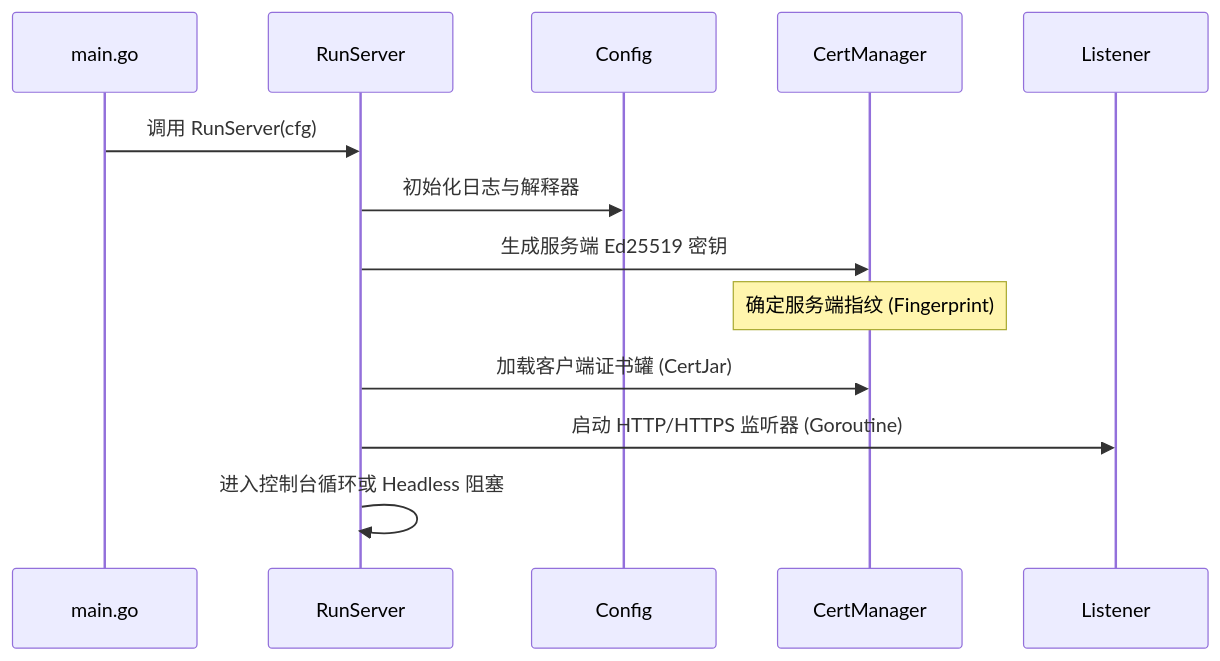
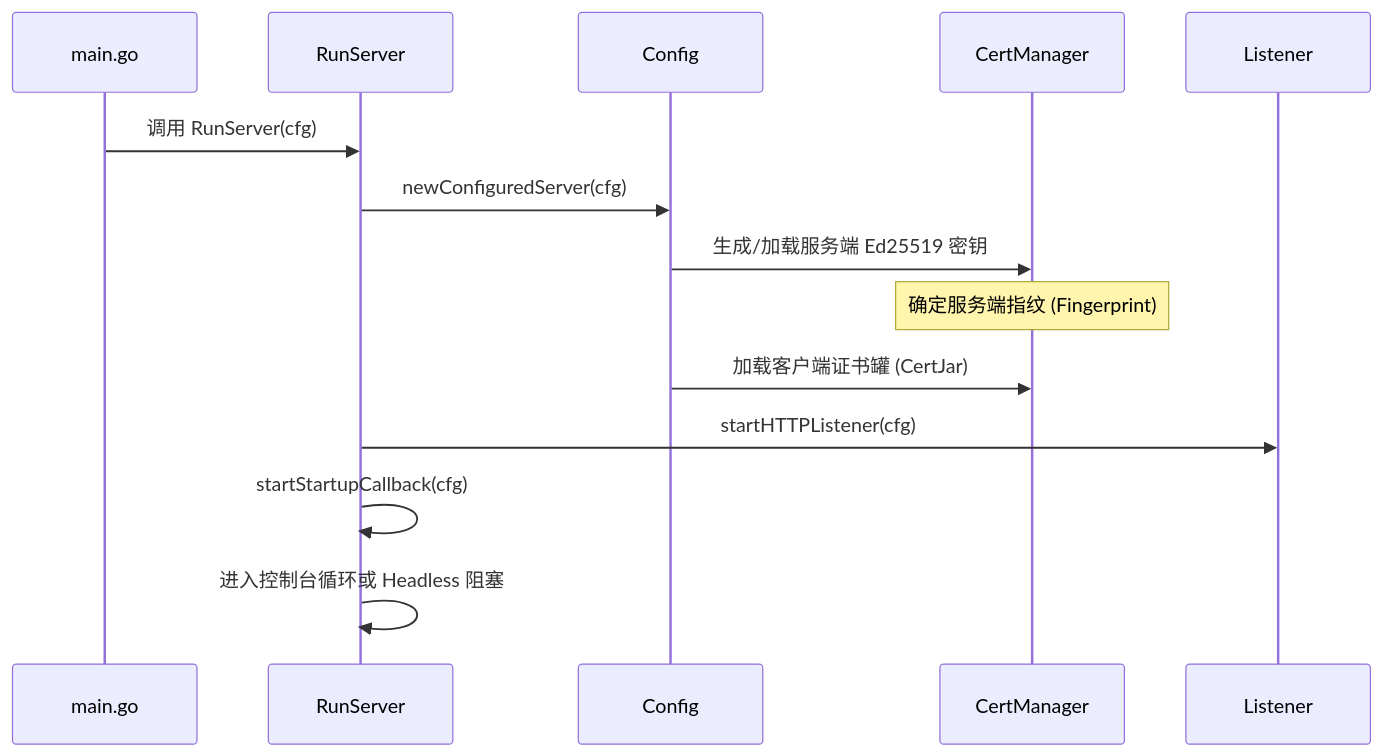
Before and after one commit to fuzzbuster/slider: the second of 4 diagrams in .trae/deepwiki/服务端实现与 Web 控制台/服务端核心与生命周期.md, drawn with Mermaid. The commit also changed other lines of this file and 17 other files, not shown here.

````diff
--- a/.trae/deepwiki/服务端实现与 Web 控制台/服务端核心与生命周期.md
+++ b/.trae/deepwiki/服务端实现与 Web 控制台/服务端核心与生命周期.md
@@ -130,16 +134,17 @@
 ```mermaid
 sequenceDiagram
     participant Main as main.go
     participant RS as RunServer
     participant CFG as Config
     participant CERT as CertManager
     participant LIS as Listener
 
     Main->>RS: 调用 RunServer(cfg)
-    RS->>CFG: 初始化日志与解释器
-    RS->>CERT: 生成服务端 Ed25519 密钥
+    RS->>CFG: newConfiguredServer(cfg)
+    CFG->>CERT: 生成/加载服务端 Ed25519 密钥
     Note over CERT: 确定服务端指纹 (Fingerprint)
-    RS->>CERT: 加载客户端证书罐 (CertJar)
-    RS->>LIS: 启动 HTTP/HTTPS 监听器 (Goroutine)
+    CFG->>CERT: 加载客户端证书罐 (CertJar)
+    RS->>LIS: startHTTPListener(cfg)
+    RS->>RS: startStartupCallback(cfg)
     RS->>RS: 进入控制台循环或 Headless 阻塞
 ```
````
